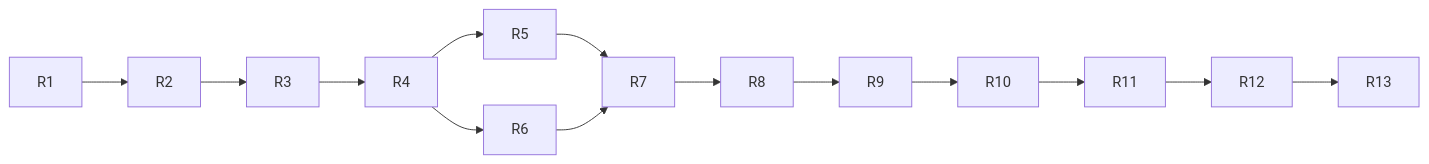
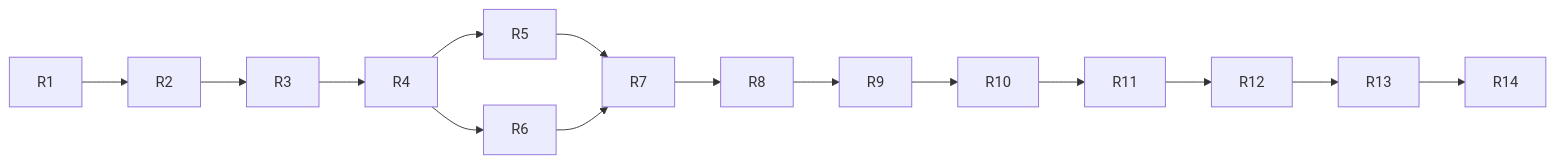
The diagram in docs/infra/10-implementation-roadmap.md (Nnaory/lore), drawn with Mermaid before and after one commit. The commit also changed other lines of this file and 514 other files, not shown here.

````diff
--- a/docs/infra/10-implementation-roadmap.md
+++ b/docs/infra/10-implementation-roadmap.md
@@ -36,9 +37,10 @@
 ```mermaid
 flowchart LR
   R1 --> R2 --> R3 --> R4
   R4 --> R5
   R4 --> R6
   R5 --> R7
   R6 --> R7
   R7 --> R8 --> R9 --> R10 --> R11 --> R12 --> R13
+  R13 --> R14
 ```
````
